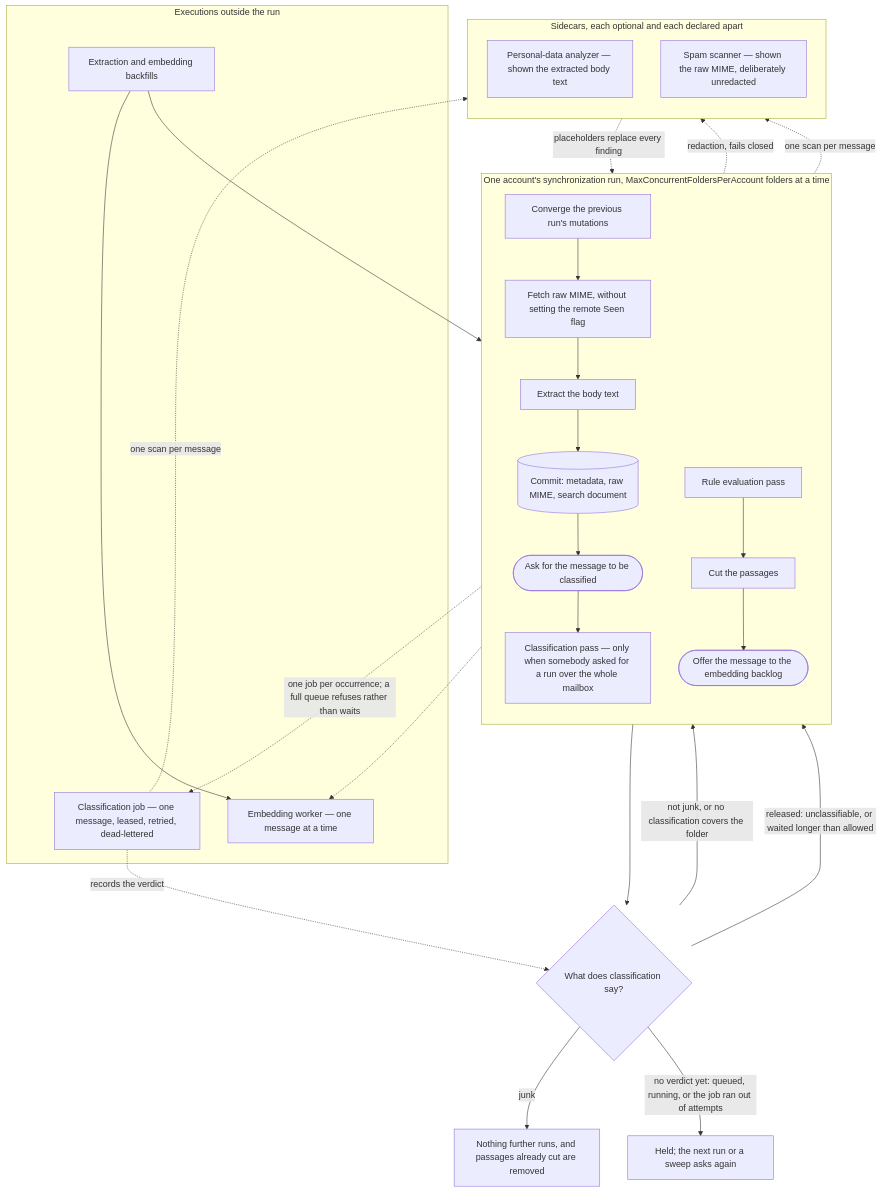
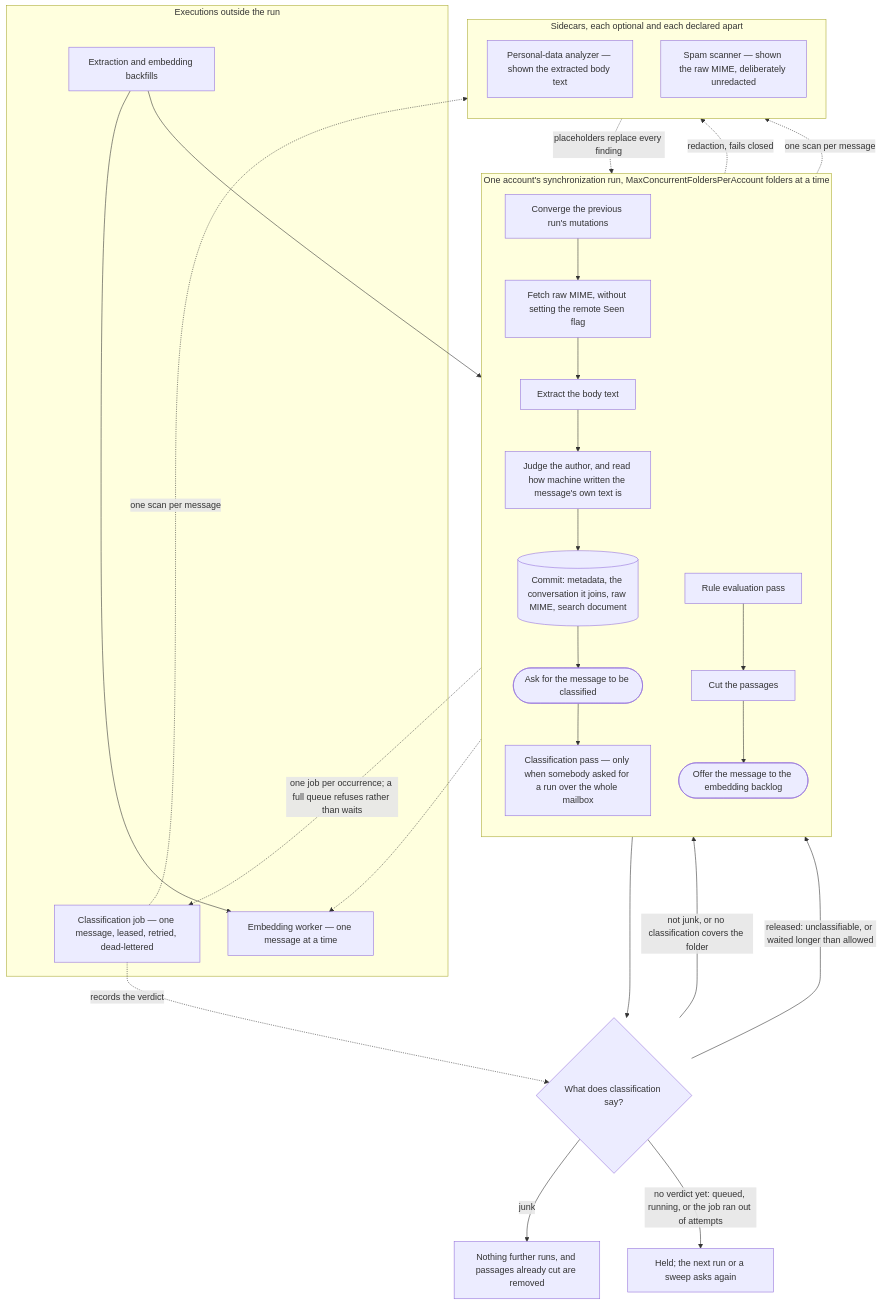
One commit to Krzysztof318/MailFathom changed the diagram in docs/architecture/arrival-pipeline.md. Above: the diagram before and after it, drawn with Mermaid. The commit also changed other lines of this file and 2 other files, not shown here.

````diff
--- a/docs/architecture/arrival-pipeline.md
+++ b/docs/architecture/arrival-pipeline.md
@@ -16,48 +16,49 @@
 ```mermaid
 flowchart TD
     subgraph run["One account's synchronization run, MaxConcurrentFoldersPerAccount folders at a time"]
         direction TB
         converge["Converge the previous run's mutations"]
         fetch["Fetch raw MIME, without setting the remote Seen flag"]
         extract["Extract the body text"]
-        commit[("Commit: metadata, raw MIME, search document")]
+        judge["Judge the author, and read how machine written the message's own text is"]
+        commit[("Commit: metadata, the conversation it joins, raw MIME, search document")]
         ask(["Ask for the message to be classified"])
         classify["Classification pass — only when somebody asked for a run over the whole mailbox"]
         rules["Rule evaluation pass"]
         cut["Cut the passages"]
         offer(["Offer the message to the embedding backlog"])
     end
 
     subgraph sidecars["Sidecars, each optional and each declared apart"]
         direction TB
         presidio["Personal-data analyzer — shown the extracted body text"]
         spamd["Spam scanner — shown the raw MIME, deliberately unredacted"]
     end
 
     subgraph elsewhere["Executions outside the run"]
         job["Classification job — one message, leased, retried, dead-lettered"]
         worker["Embedding worker — one message at a time"]
         sweeps["Extraction and embedding backfills"]
     end
 
-    converge --> fetch --> extract
-    extract -. "redaction, fails closed" .-> presidio
-    presidio -. "placeholders replace every finding" .-> extract
-    extract --> commit
+    converge --> fetch --> extract --> judge
+    judge -. "redaction, fails closed" .-> presidio
+    presidio -. "placeholders replace every finding" .-> judge
+    judge --> commit
     commit --> ask
     ask -. "one job per occurrence; a full queue refuses rather than waits" .-> job
     ask --> classify
     job -. "one scan per message" .-> spamd
     classify -. "one scan per message" .-> spamd
     job -. "records the verdict" .-> gate
     classify --> gate{"What does classification say?"}
     gate -- "junk" --> withheld["Nothing further runs, and passages already cut are removed"]
     gate -- "not junk, or no classification covers the folder" --> rules
     gate -- "no verdict yet: queued, running, or the job ran out of attempts" --> held["Held; the next run or a sweep asks again"]
     gate -- "released: unclassifiable, or waited longer than allowed" --> rules
     rules --> cut
     cut --> offer
     offer -.-> worker
     sweeps --> cut
     sweeps --> worker
 ```
````
